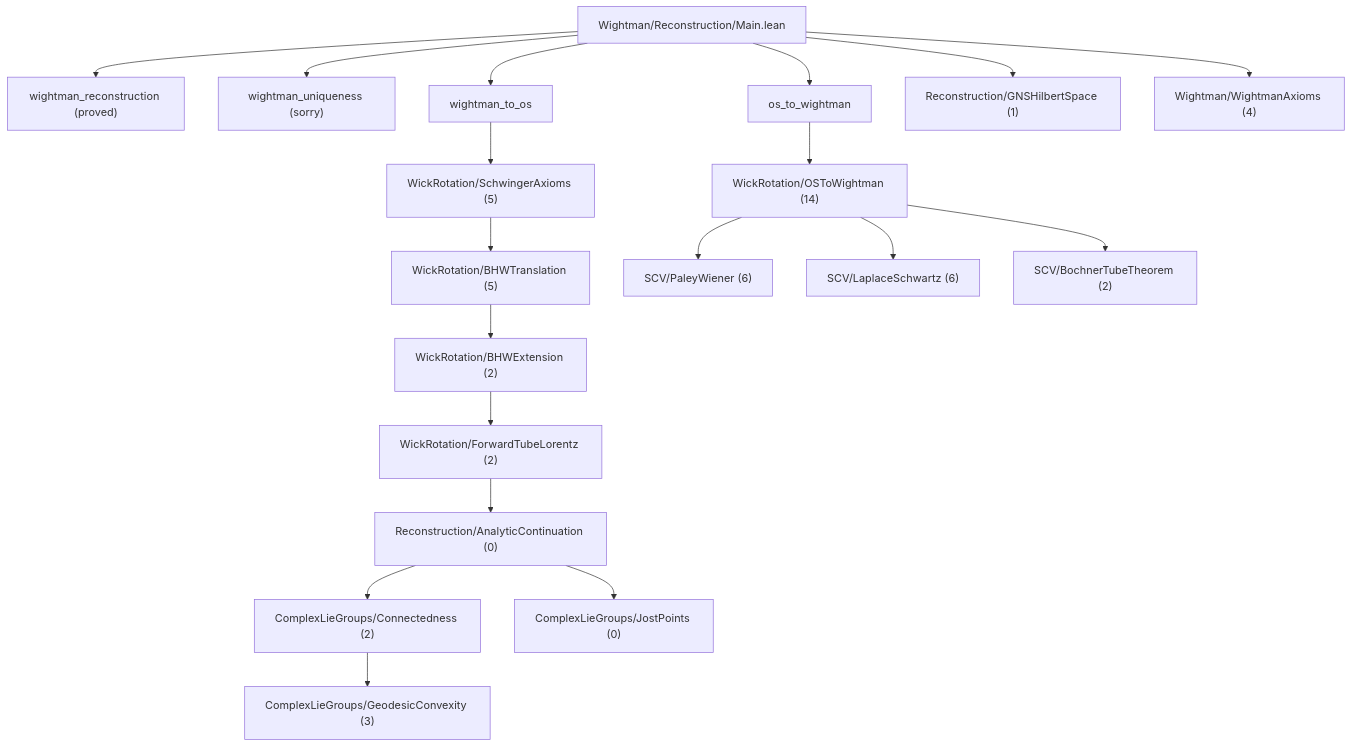
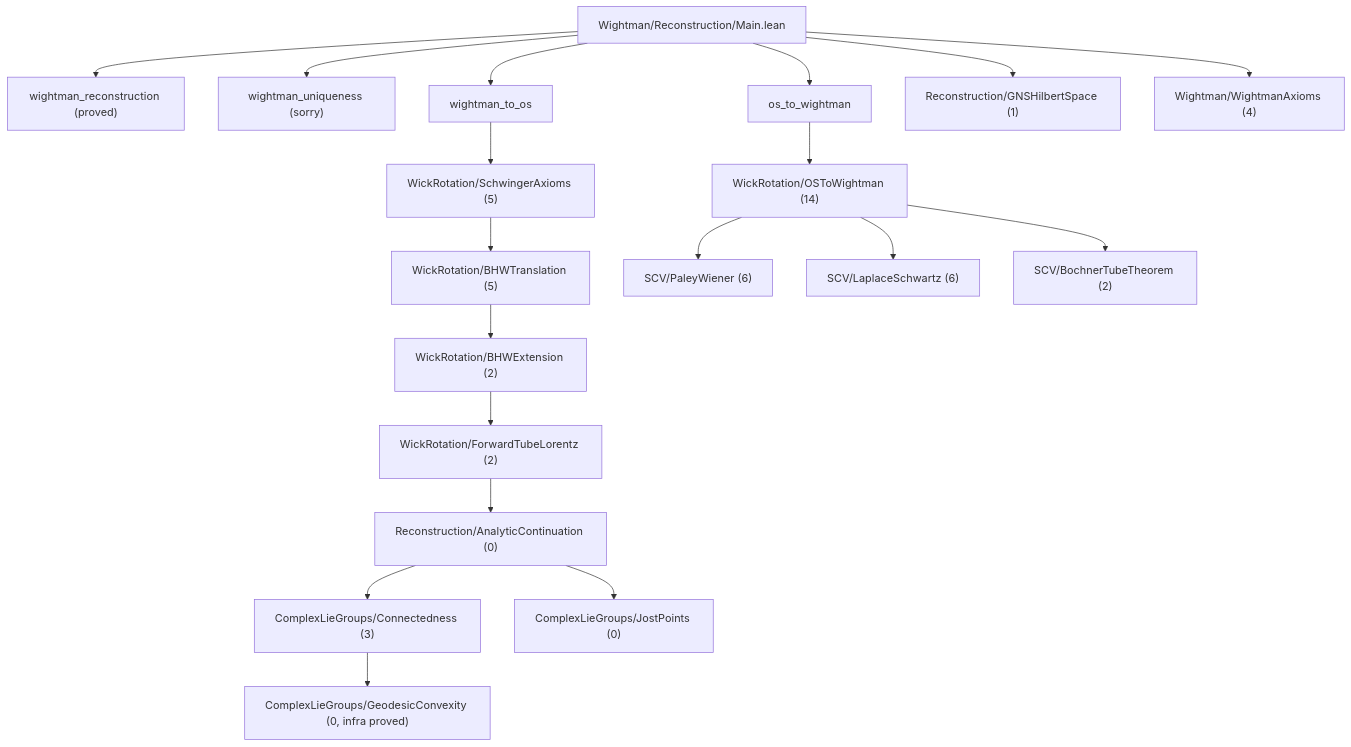
One commit to mrdouglasny/OSreconstruction-1 changed the diagram in OSReconstruction/Wightman/TODO.md. Above: the diagram before and after it, drawn with Mermaid. The commit also changed other lines of this file and 6 other files, not shown here.

````diff
--- a/OSReconstruction/Wightman/TODO.md
+++ b/OSReconstruction/Wightman/TODO.md
@@ -28,25 +31,25 @@
 ```mermaid
 flowchart TD
   M["Wightman/Reconstruction/Main.lean"]
   M --> T1["wightman_reconstruction (proved)"]
   M --> T2["wightman_uniqueness (sorry)"]
   M --> T3["wightman_to_os"]
   M --> T4["os_to_wightman"]
 
   T3 --> SA["WickRotation/SchwingerAxioms (5)"]
   SA --> BT["WickRotation/BHWTranslation (5)"]
   BT --> BE["WickRotation/BHWExtension (2)"]
   BE --> FL["WickRotation/ForwardTubeLorentz (2)"]
   FL --> AC["Reconstruction/AnalyticContinuation (0)"]
-  AC --> CO["ComplexLieGroups/Connectedness (2)"]
-  CO --> GC["ComplexLieGroups/GeodesicConvexity (3)"]
+  AC --> CO["ComplexLieGroups/Connectedness (3)"]
+  CO --> GC["ComplexLieGroups/GeodesicConvexity (0, infra proved)"]
   AC --> JP["ComplexLieGroups/JostPoints (0)"]
 
   T4 --> OW["WickRotation/OSToWightman (14)"]
   OW --> PW["SCV/PaleyWiener (6)"]
   OW --> LS["SCV/LaplaceSchwartz (6)"]
   OW --> BO["SCV/BochnerTubeTheorem (2)"]
 
   M --> GH["Reconstruction/GNSHilbertSpace (1)"]
   M --> WA["Wightman/WightmanAxioms (4)"]
 ```
````
